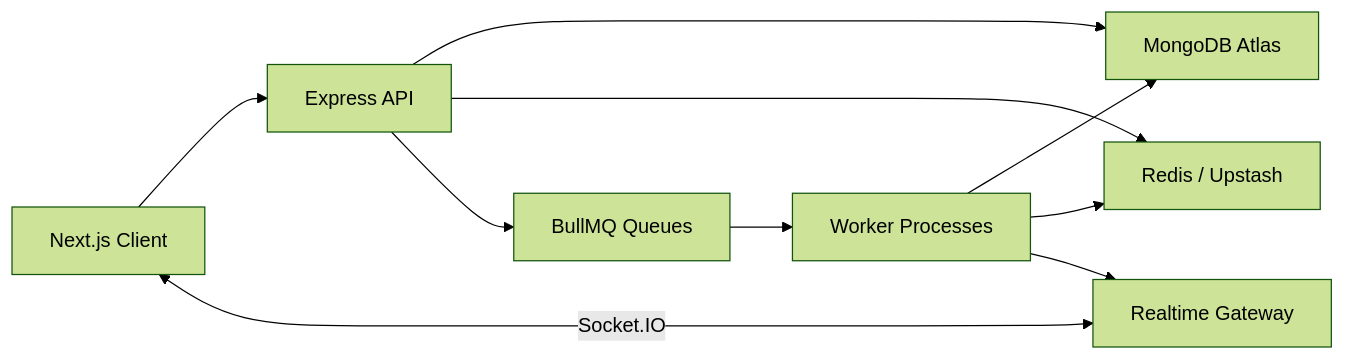
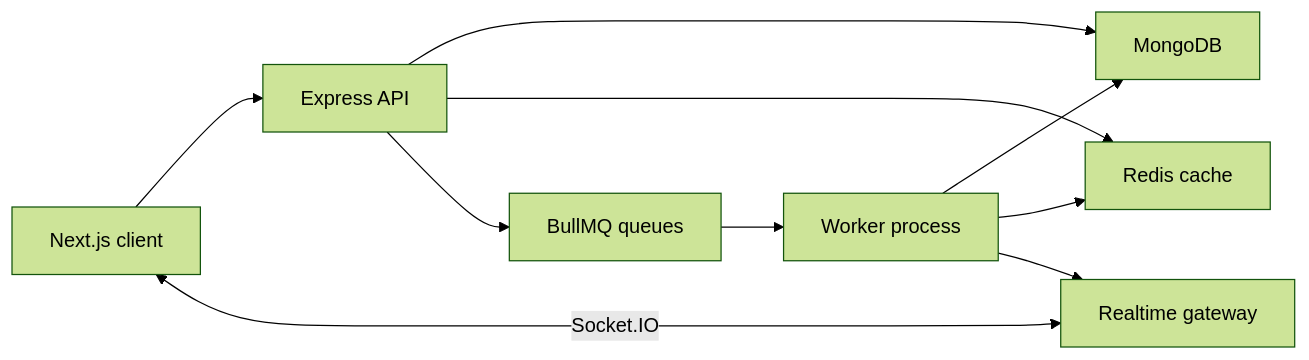
One commit to SriHarshaRajuY/RiskLens changed the first of 5 diagrams in README.md. Above: the diagram before and after it, drawn with Mermaid (forest theme). The commit also changed other lines of this file and 68 other files, not shown here.

````diff
--- a/README.md
+++ b/README.md
@@ -110,12 +79,12 @@
 ```mermaid
 flowchart LR
-  Client["Next.js Client"] --> API["Express API"]
-  Client <-->|Socket.IO| Realtime["Realtime Gateway"]
-  API --> Mongo["MongoDB Atlas"]
-  API --> Redis["Redis / Upstash"]
-  API --> Queues["BullMQ Queues"]
-  Queues --> Workers["Worker Processes"]
+  Client["Next.js client"] --> API["Express API"]
+  Client <-->|"Socket.IO"| Socket["Realtime gateway"]
+  API --> Mongo["MongoDB"]
+  API --> Redis["Redis cache"]
+  API --> Queues["BullMQ queues"]
+  Queues --> Workers["Worker process"]
   Workers --> Mongo
   Workers --> Redis
-  Workers --> Realtime
+  Workers --> Socket
 ```
````
